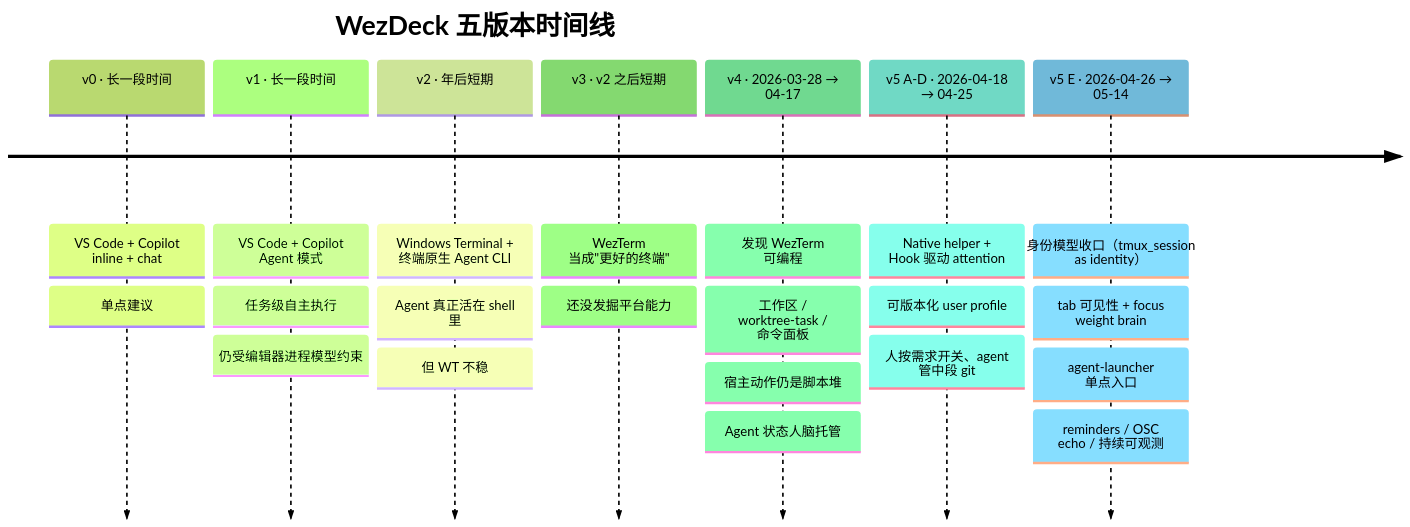
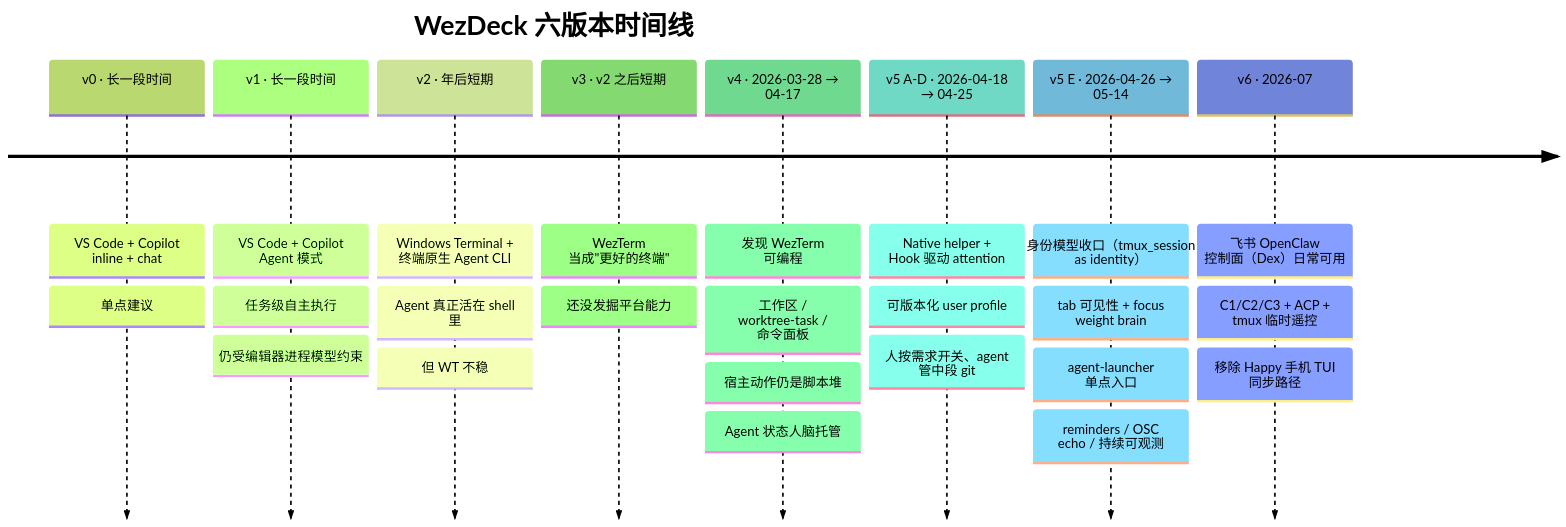
The first of 2 diagrams in docs/presentations/ai-dev-environment-evolution.md (yunsii/wezdeck), drawn with Mermaid (forest theme) before and after one commit. The commit also changed other lines of this file and 11 other files, not shown here.

First line of the commit message:
feat(wezdeck)!: remove Happy phone-sync path; document OpenClaw as v6 remote control plane

````diff
--- a/docs/presentations/ai-dev-environment-evolution.md
+++ b/docs/presentations/ai-dev-environment-evolution.md
@@ -27,25 +27,28 @@
 ```mermaid
 timeline
-  title WezDeck 五版本时间线
+  title WezDeck 六版本时间线
   v0 · 长一段时间 : VS Code + Copilot inline + chat
                   : 单点建议
   v1 · 长一段时间 : VS Code + Copilot Agent 模式
                   : 任务级自主执行
                   : 仍受编辑器进程模型约束
   v2 · 年后短期    : Windows Terminal + 终端原生 Agent CLI
                   : Agent 真正活在 shell 里
                   : 但 WT 不稳
   v3 · v2 之后短期 : WezTerm 当成"更好的终端"
                   : 还没发掘平台能力
   v4 · 2026-03-28 → 04-17 : 发现 WezTerm 可编程
                           : 工作区 / worktree-task / 命令面板
                           : 宿主动作仍是脚本堆
                           : Agent 状态人脑托管
   v5 A-D · 2026-04-18 → 04-25 : Native helper + Hook 驱动 attention
                               : 可版本化 user profile
                               : 人按需求开关、agent 管中段 git
   v5 E · 2026-04-26 → 05-14 : 身份模型收口（tmux_session as identity）
                             : tab 可见性 + focus weight brain
                             : agent-launcher 单点入口
                             : reminders / OSC echo / 持续可观测
+  v6 · 2026-07 : 飞书 OpenClaw 控制面（Dex）日常可用
+               : C1/C2/C3 + ACP + tmux 临时遥控
+               : 移除 Happy 手机 TUI 同步路径
 ```
````
